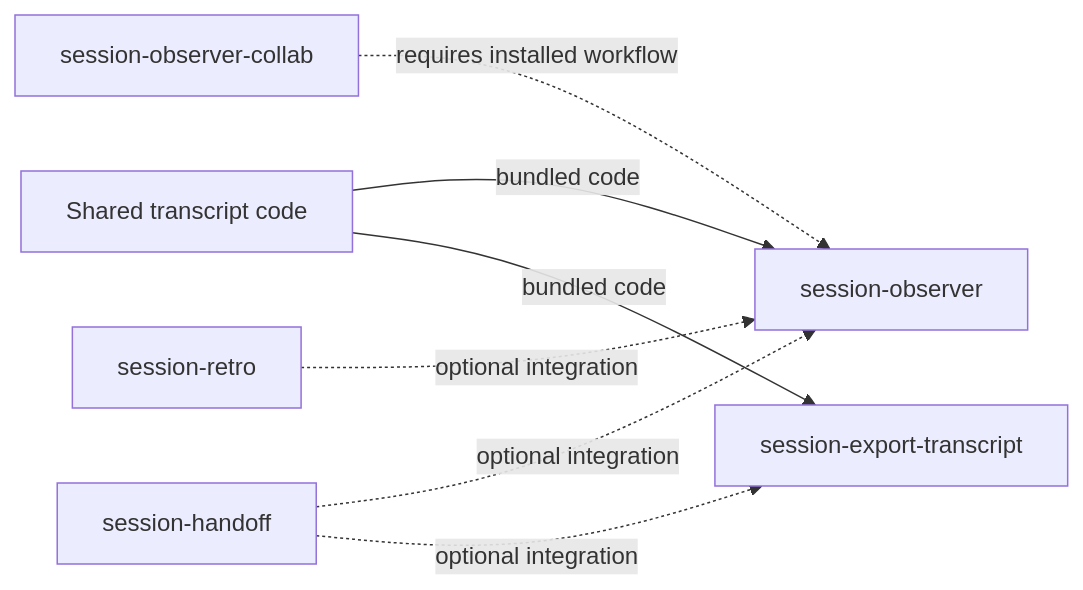
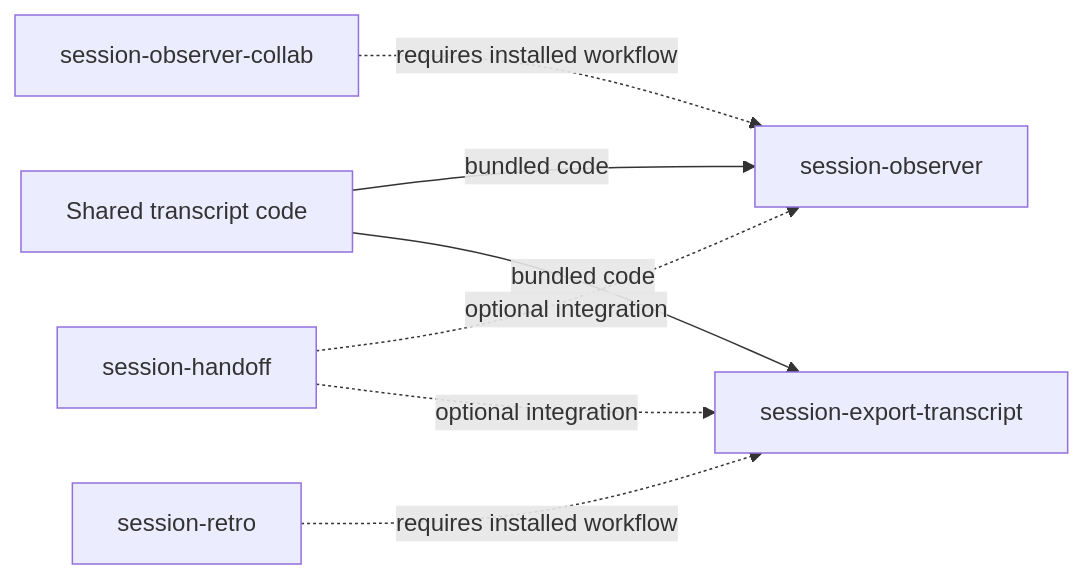
One commit to tkstang/skills changed the second of 3 diagrams in documentation/docs/engineering/architecture/generated-runtime.md. Above: the diagram before and after it, drawn with Mermaid. The commit also changed other lines of this file and 106 other files, not shown here.

````diff
--- a/documentation/docs/engineering/architecture/generated-runtime.md
+++ b/documentation/docs/engineering/architecture/generated-runtime.md
@@ -100,9 +100,9 @@
 ```mermaid
 flowchart LR
   TRANSCRIPT["Shared transcript code"] -->|bundled code| OBSERVER["session-observer"]
   TRANSCRIPT -->|bundled code| EXPORT["session-export-transcript"]
   COLLAB["session-observer-collab"] -.->|requires installed workflow| OBSERVER
   HANDOFF["session-handoff"] -.->|optional integration| OBSERVER
   HANDOFF -.->|optional integration| EXPORT
-  RETRO["session-retro"] -.->|optional integration| OBSERVER
+  RETRO["session-retro"] -.->|requires installed workflow| EXPORT
 ```
````
